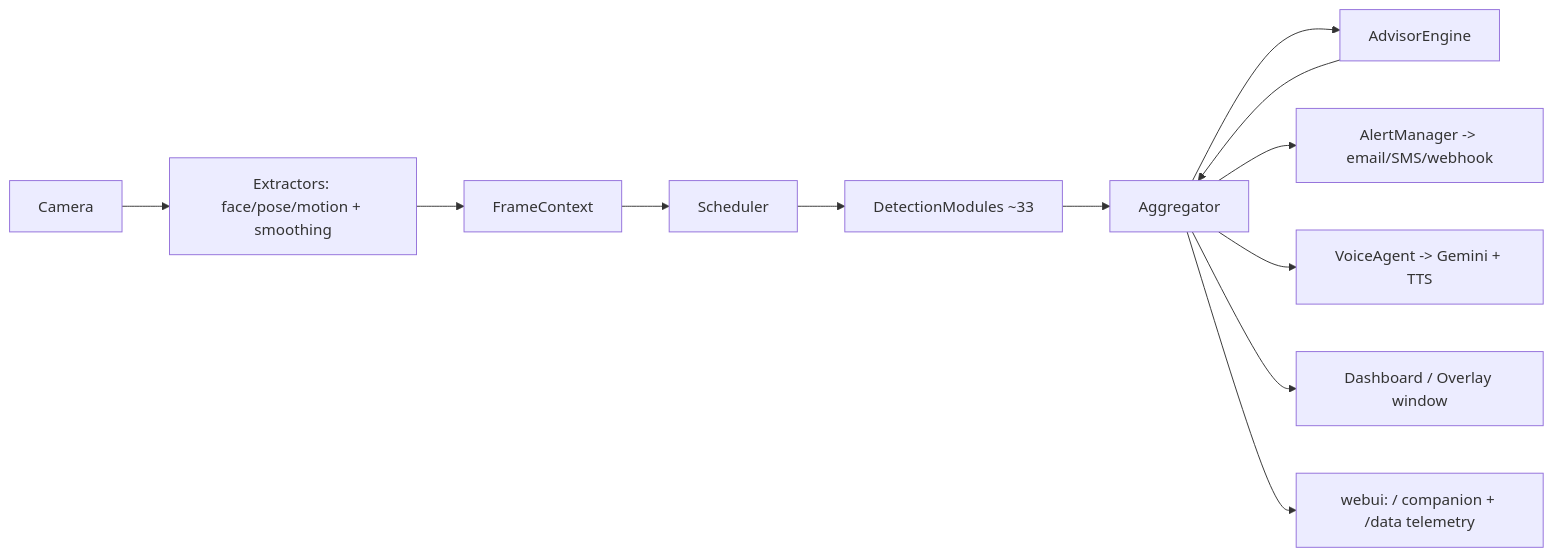
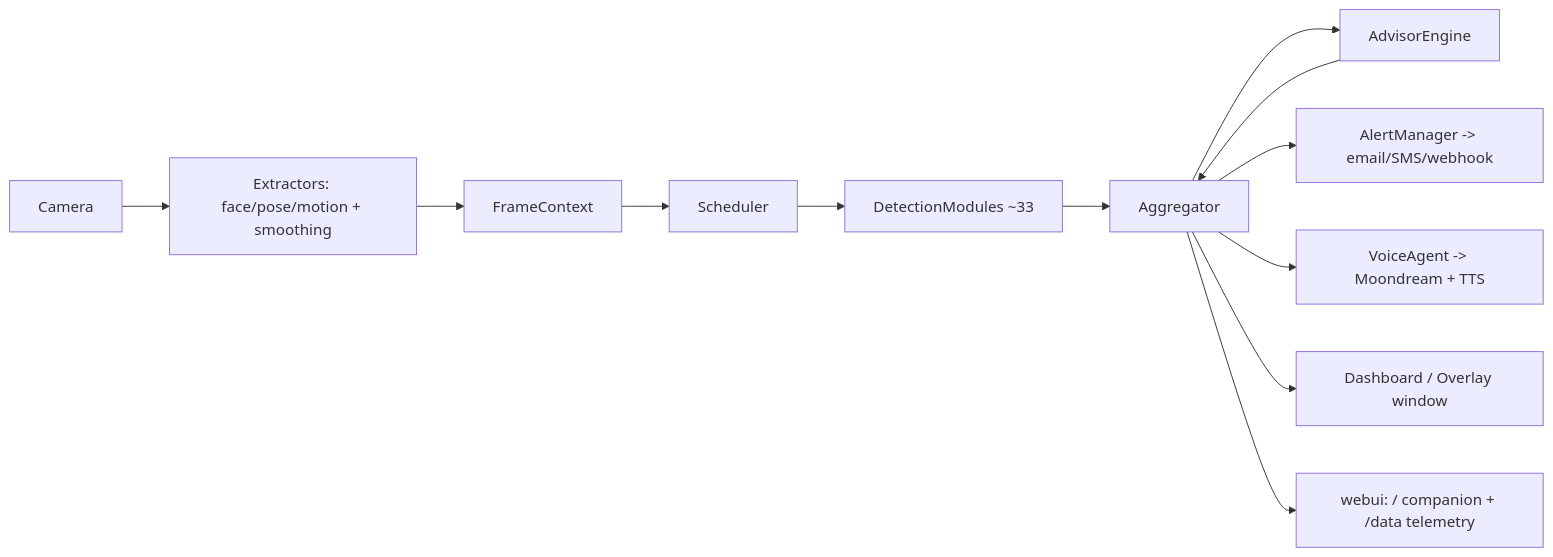
Before and after one commit to Gabrium0/CareVision: the diagram in docs/ARCHITECTURE.md, drawn with Mermaid. The commit also changed other lines of this file and 74 other files, not shown here.

````diff
--- a/docs/ARCHITECTURE.md
+++ b/docs/ARCHITECTURE.md
@@ -40,14 +40,14 @@
 ```mermaid
 flowchart LR
   cam[Camera] --> ex[Extractors: face/pose/motion + smoothing]
   ex --> ctx[FrameContext]
   ctx --> sch[Scheduler]
   sch --> mods[DetectionModules ~33]
   mods --> agg[Aggregator]
   agg --> adv[AdvisorEngine]
   adv --> agg
   agg --> alert[AlertManager -> email/SMS/webhook]
-  agg --> agent[VoiceAgent -> Gemini + TTS]
+  agg --> agent[VoiceAgent -> Moondream + TTS]
   agg --> dash[Dashboard / Overlay window]
   agg --> web[webui: / companion + /data telemetry]
 ```
````
